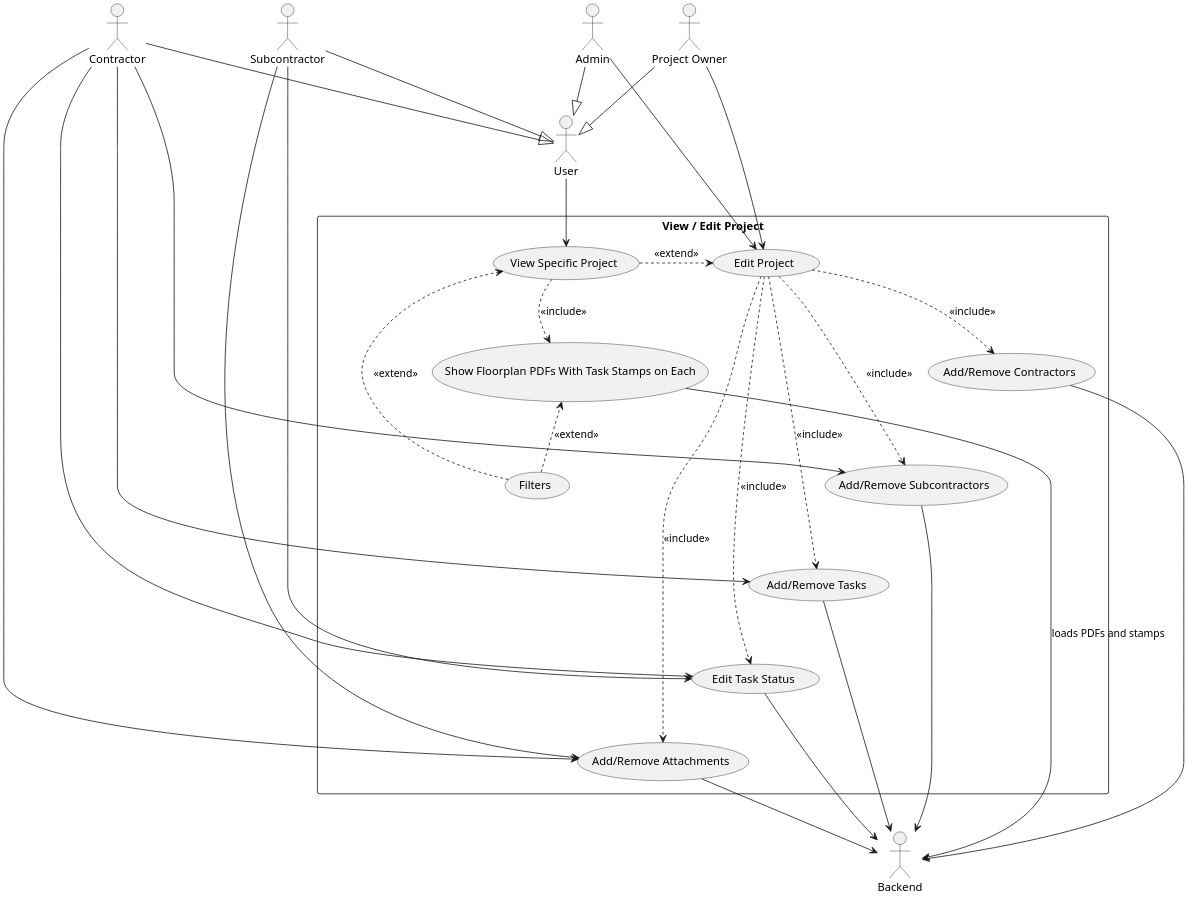
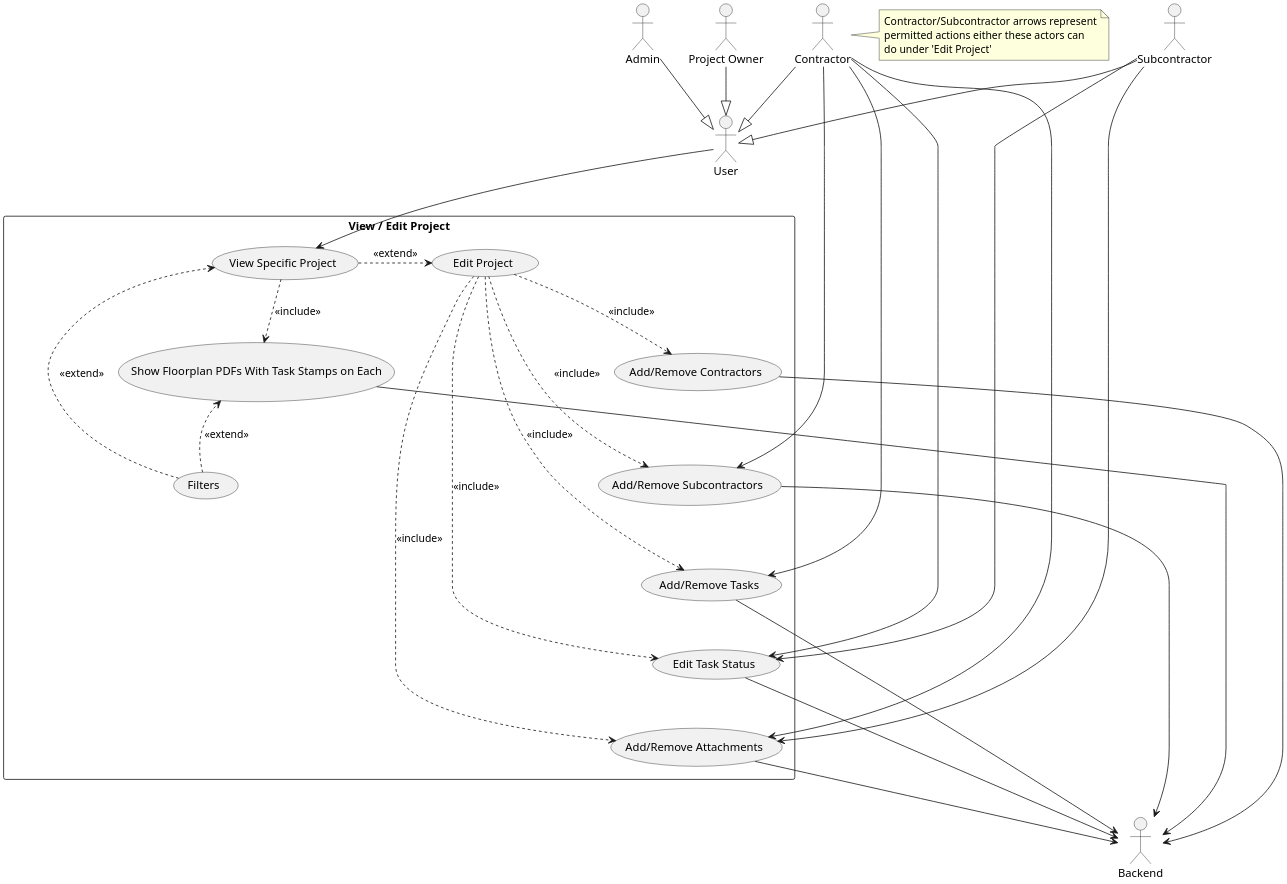
One commit to owenwriston/CMSC-447 changed the diagram in Use Cases/PUML/use-case-edit-view-proj.puml. Above: the diagram before and after it, drawn with PlantUML. The commit also changed 9 other files, not shown here.

Commit message:
ER diagram added

```diff
--- a/Use Cases/PUML/use-case-edit-view-proj.puml
+++ b/Use Cases/PUML/use-case-edit-view-proj.puml
@@ -1,80 +1,85 @@
 @startuml
 scale 2
 top to bottom direction
 
 actor "Subcontractor" as Sub
 actor "Contractor" as Con
 actor "Project Owner" as Owner
 actor "Admin" as Admin
 actor "User" as User
 actor "Backend" as Back
 
 Sub --|> User
 Con --|> User
 Owner --|> User
 Admin --|> User
 
 rectangle "View / Edit Project" {
   usecase "View Specific Project" as UC5
   usecase "Show Floorplan PDFs With Task Stamps on Each" as UC5a
   usecase "Filters" as UC5b
 
   usecase "Edit Project" as UC4
   usecase "Add/Remove Contractors" as UC4a
   usecase "Add/Remove Subcontractors" as UC4b
   usecase "Add/Remove Tasks" as UC4c
   usecase "Edit Task Status" as UC4d
   usecase "Add/Remove Attachments" as UC4e
 }
 
 ' --- Group: View Specific Project ---
 UC5 -[hidden]down-> UC5a
 UC5a -[hidden]down-> UC5b
 
 ' --- Group: Edit Project ---
 UC4 -[hidden]down-> UC4a
 UC4a -[hidden]down-> UC4b
 UC4b -[hidden]down-> UC4c
 UC4c -[hidden]down-> UC4d
 UC4d -[hidden]down-> UC4e
 
 ' --- Keep groups side by side ---
 UC5 -[hidden]right-> UC4
 
 User --> UC5
 UC5 .> UC5a : <<include>>
-UC5a --> Back : loads PDFs and stamps
+UC5a --> Back
 
 UC5b .> UC5 : <<extend>>
 UC5b .> UC5a : <<extend>>
 
 ' Editing extends off viewing a project
 UC5 .> UC4 : <<extend>>
 
-Owner --> UC4
-Admin --> UC4
+
 
 ' Owner/Admin only
 UC4 .> UC4a : <<include>>
 
 ' Owner/Admin/Contractor
 UC4 .> UC4b : <<include>>
 Con --> UC4b
 UC4 .> UC4c : <<include>>
 Con --> UC4c
+
+note right of Con
+  Contractor/Subcontractor arrows represent
+  permitted actions either these actors can
+  do under 'Edit Project'
+end note
 
 ' Owner/Admin/Contractor/Subcontractor
 UC4 .> UC4d : <<include>>
 Con --> UC4d
 Sub --> UC4d
 UC4 .> UC4e : <<include>>
 Con --> UC4e
 Sub --> UC4e
 
 UC4a --> Back
 UC4b --> Back
 UC4c --> Back
 UC4d --> Back
 UC4e --> Back
 
 @enduml
```
